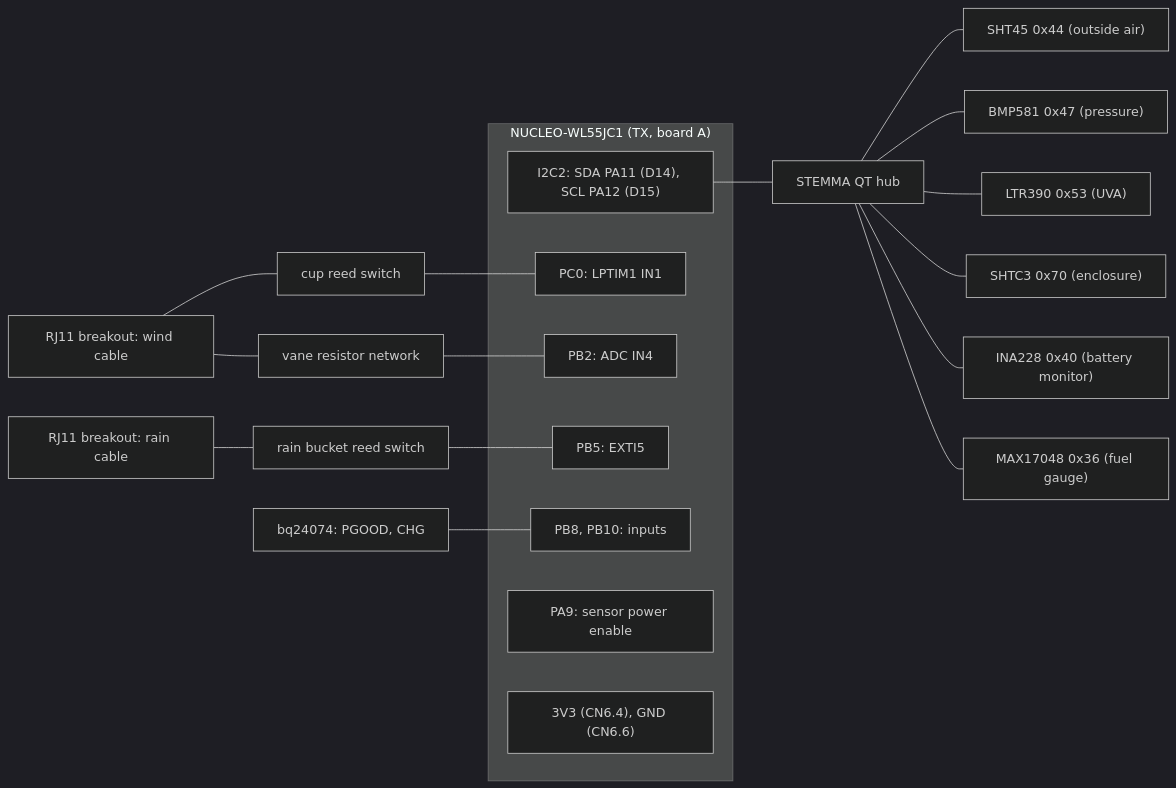
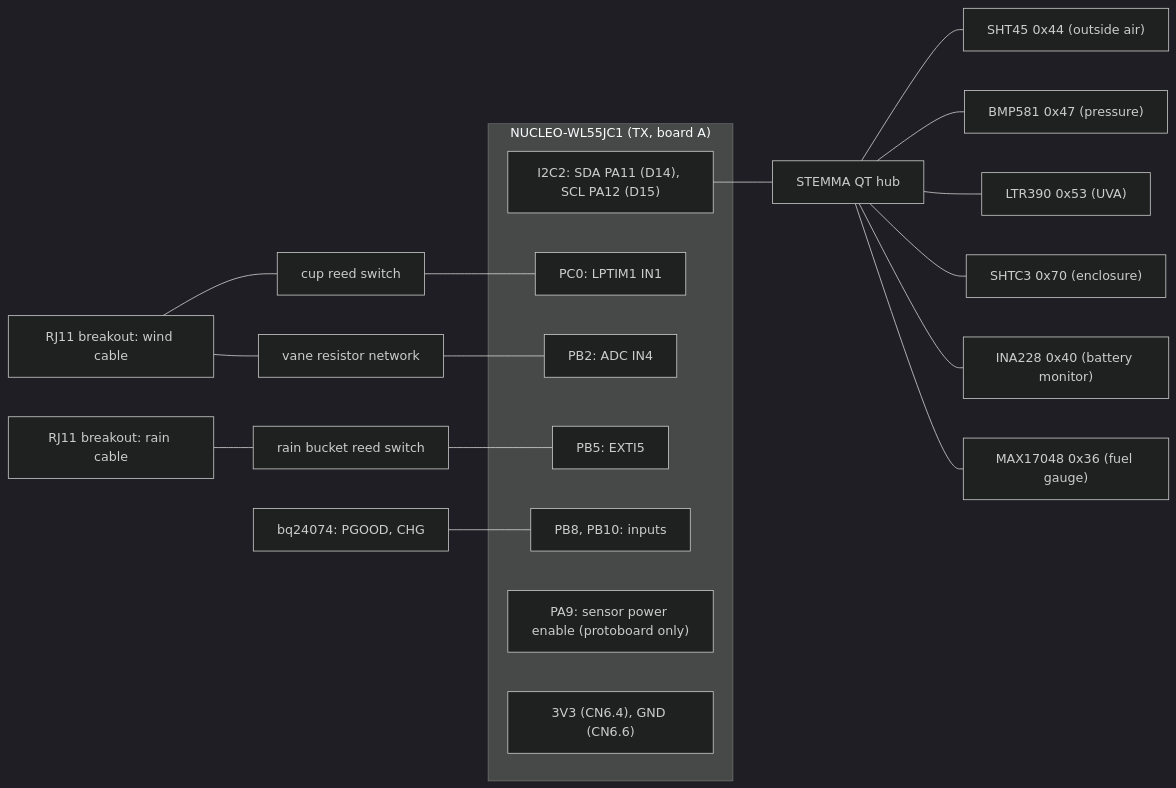
The diagram in docs/hardware/bench-station-wiring.md (clintecker/weather-station-2026), drawn with Mermaid (dark theme) before and after one commit. The commit also changed other lines of this file and 42 other files, not shown here.

````diff
--- a/docs/hardware/bench-station-wiring.md
+++ b/docs/hardware/bench-station-wiring.md
@@ -23,26 +23,26 @@
 ```mermaid
 flowchart LR
   subgraph N["NUCLEO-WL55JC1 (TX, board A)"]
     I2C["I2C2: SDA PA11 (D14), SCL PA12 (D15)"]
     PC0["PC0: LPTIM1 IN1"]
     PB2["PB2: ADC IN4"]
     PB5["PB5: EXTI5"]
     PB8["PB8, PB10: inputs"]
-    PA9["PA9: sensor power enable"]
+    PA9["PA9: sensor power enable (protoboard only)"]
     V33["3V3 (CN6.4), GND (CN6.6)"]
   end
   HUB["STEMMA QT hub"] --- SHT45["SHT45 0x44 (outside air)"]
   HUB --- BMP["BMP581 0x47 (pressure)"]
   HUB --- LTR["LTR390 0x53 (UVA)"]
   HUB --- SHTC3["SHTC3 0x70 (enclosure)"]
   HUB --- INA["INA228 0x40 (battery monitor)"]
   HUB --- MAX["MAX17048 0x36 (fuel gauge)"]
   I2C --- HUB
   RJW["RJ11 breakout: wind cable"] --- CUPS["cup reed switch"]
   RJW --- VANE["vane resistor network"]
   RJR["RJ11 breakout: rain cable"] --- RAIN["rain bucket reed switch"]
   CUPS --- PC0
   VANE --- PB2
   RAIN --- PB5
   BQ["bq24074: PGOOD, CHG"] --- PB8
 ```
````
